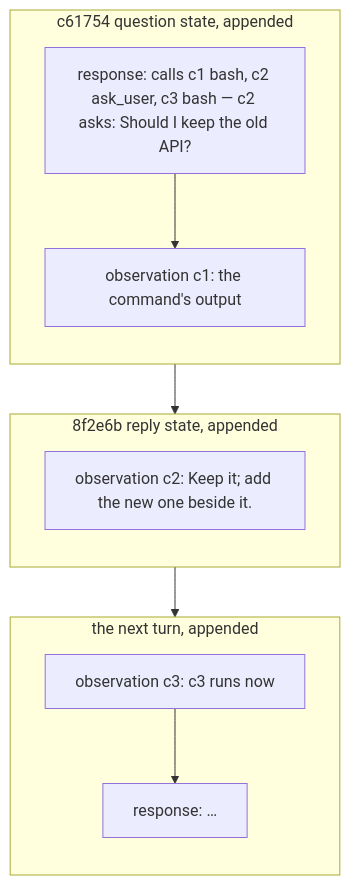
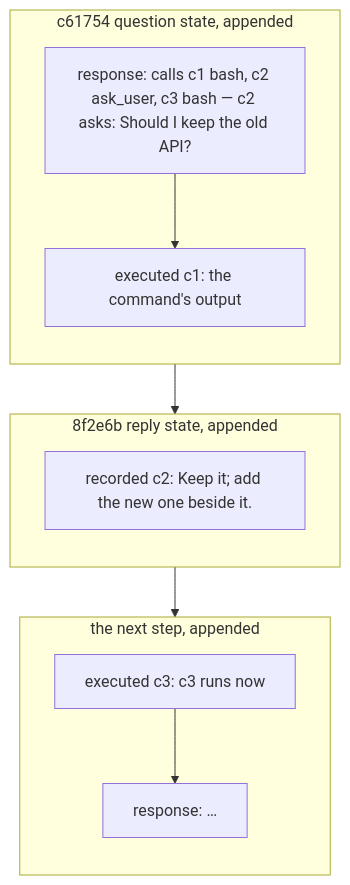
The seventh of 9 diagrams in docs/trajectory-schema.md (pku-xht/alaya), drawn with Mermaid before and after one commit. The commit also changed other lines of this file and 48 other files, not shown here.

````diff
--- a/docs/trajectory-schema.md
+++ b/docs/trajectory-schema.md
@@ -319,20 +335,20 @@
 ```mermaid
 flowchart TD
   subgraph Q["c61754 question state, appended"]
     direction TB
     R["response: calls c1 bash, c2 ask_user, c3 bash — c2 asks: Should I keep the old API?"]
-    O1["observation c1: the command's output"]
+    O1["executed c1: the command's output"]
     R --> O1
   end
   subgraph A["8f2e6b reply state, appended"]
     direction TB
-    O2["observation c2: Keep it; add the new one beside it."]
+    O2["recorded c2: Keep it; add the new one beside it."]
   end
-  subgraph N["the next turn, appended"]
+  subgraph N["the next step, appended"]
     direction TB
-    O3["observation c3: c3 runs now"]
+    O3["executed c3: c3 runs now"]
     R2["response: …"]
     O3 --> R2
   end
   O1 --> O2 --> O3
 ```
````
